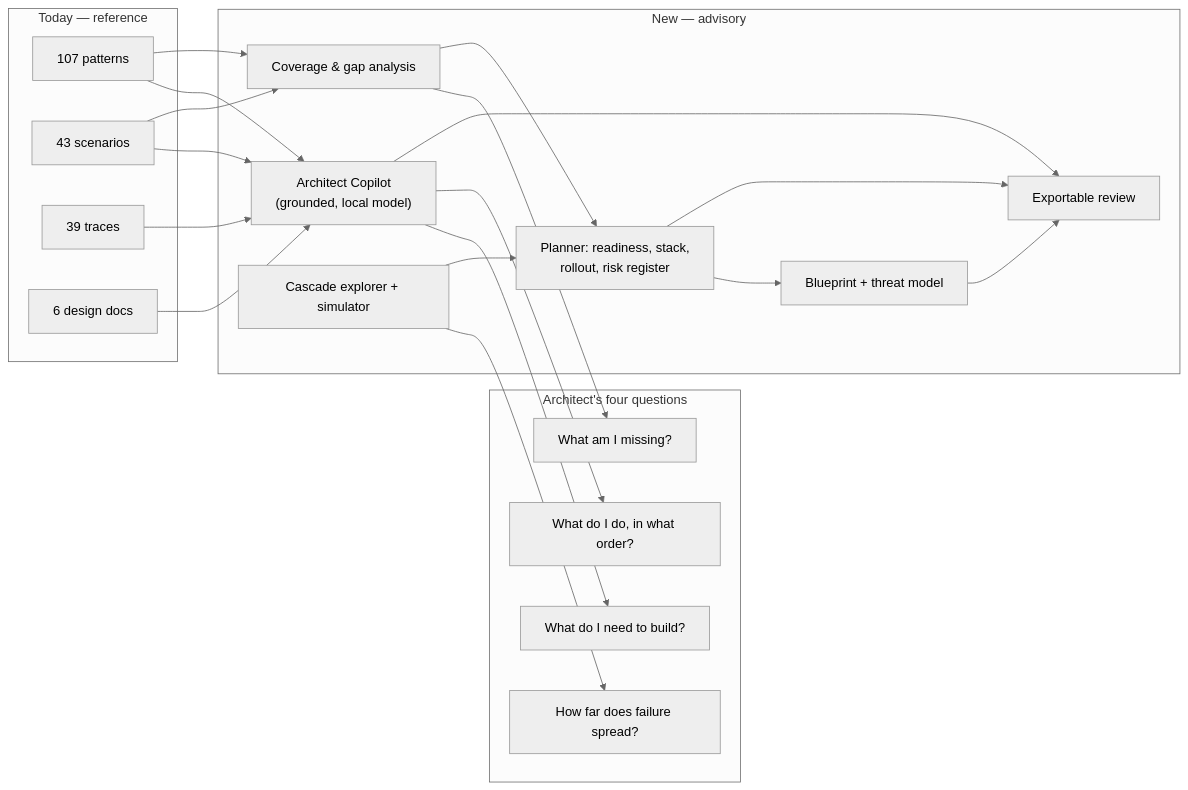
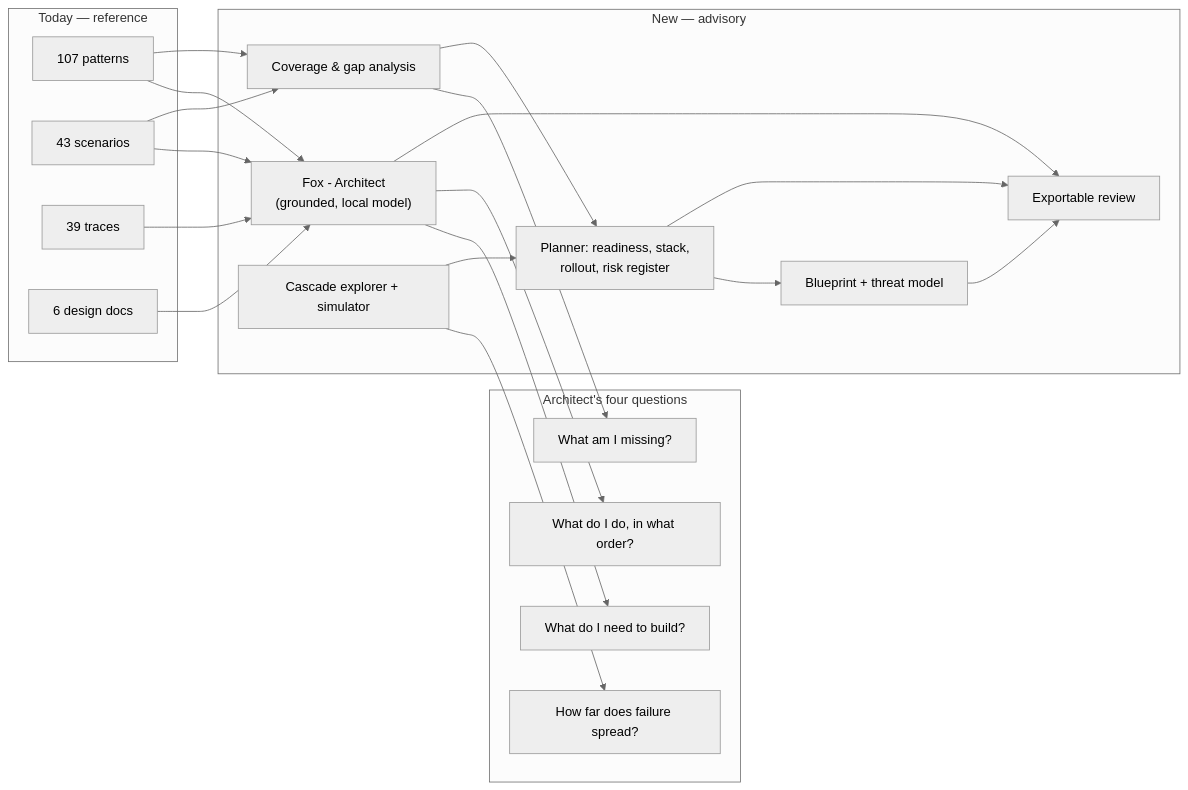
One commit to harishgovardhandamodar/AI-Agents-Patterns changed the first of 6 diagrams in design/07-architect-analysis.md. Above: the diagram before and after it, drawn with Mermaid (neutral theme). The commit also changed other lines of this file and 17 other files, not shown here.

Commit message:
Rename Architect Copilot to Fox - Architect across UI, prompts and exports

````diff
--- a/design/07-architect-analysis.md
+++ b/design/07-architect-analysis.md
@@ -10,39 +10,39 @@
 ```mermaid
 flowchart LR
   subgraph TODAY["Today — reference"]
     P["107 patterns"]
     S["43 scenarios"]
     T["39 traces"]
     D["6 design docs"]
   end
   subgraph ASK["Architect's four questions"]
     Q1["What do I need to build?"]
     Q2["What am I missing?"]
     Q3["How far does failure spread?"]
     Q4["What do I do, in what order?"]
   end
   subgraph NEW["New — advisory"]
-    CP["Architect Copilot<br/>(grounded, local model)"]
+    CP["Fox - Architect<br/>(grounded, local model)"]
     CV["Coverage &amp; gap analysis"]
     CA["Cascade explorer + simulator"]
     PL["Planner: readiness, stack,<br/>rollout, risk register"]
     BP["Blueprint + threat model"]
     RP["Exportable review"]
   end
   P --> CP
   S --> CP
   T --> CP
   D --> CP
   P --> CV
   S --> CV
   CP --> Q1
   CP --> Q4
   CV --> Q2
   CA --> Q3
   CA --> PL
   CV --> PL
   PL --> BP
   BP --> RP
   PL --> RP
   CP --> RP
 ```
````
